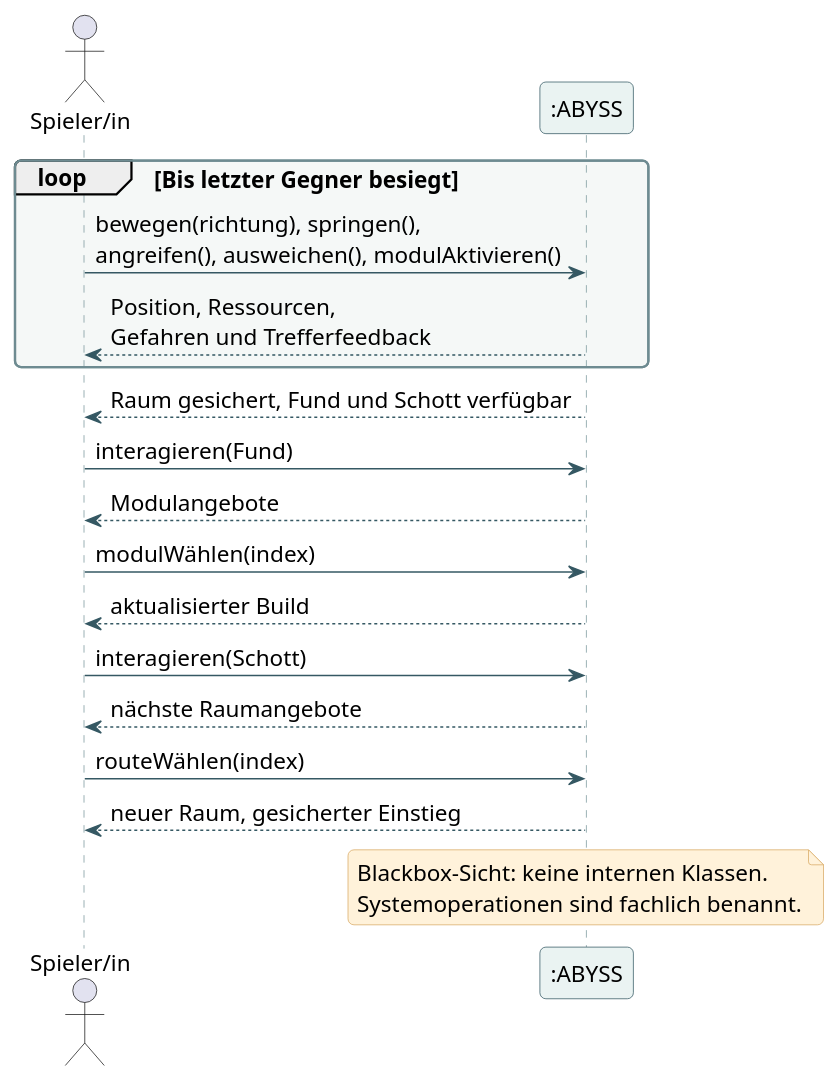
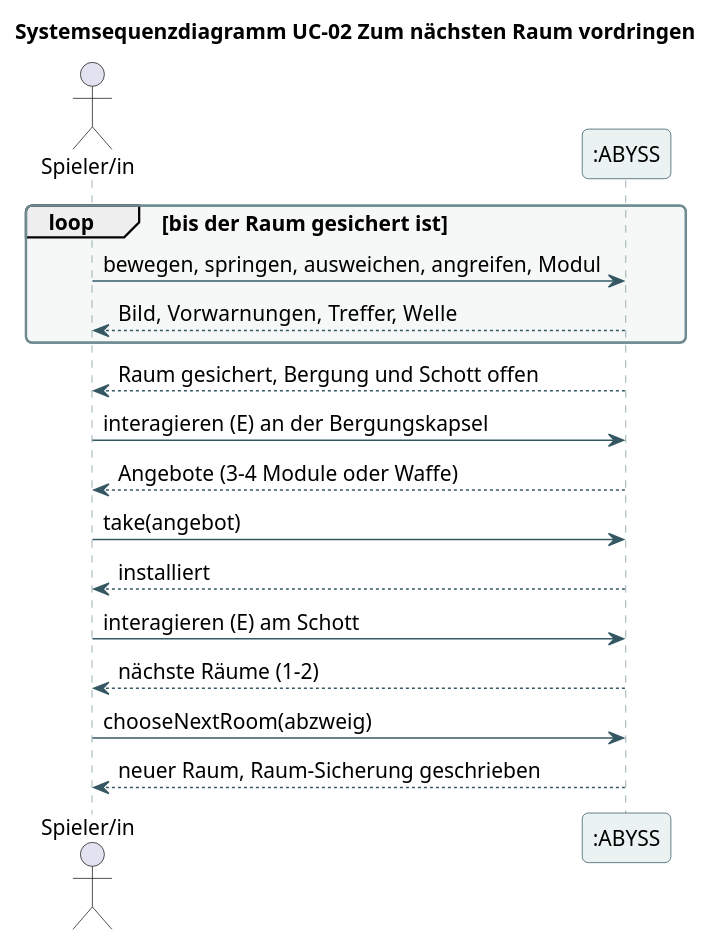
Before and after one commit to bassdav2/abyss: the diagram in docs/diagrams/05-ssd-progress.puml, drawn with PlantUML. The commit also changed 421 other files, not shown here.

First line of the commit message:
ABYSS 1.1: Bordsystem-GUI, Raumtechnik und PM3-Dokumentation

```diff
--- a/docs/diagrams/05-ssd-progress.puml
+++ b/docs/diagrams/05-ssd-progress.puml
@@ -1,38 +1,37 @@
 @startuml
 skinparam backgroundColor #FFFFFF
 skinparam defaultFontName Arial
-skinparam defaultFontSize 15
+skinparam defaultFontSize 14
 skinparam shadowing false
 skinparam roundcorner 8
 skinparam ArrowColor #355863
 skinparam classBackgroundColor #EAF3F2
 skinparam classBorderColor #355863
 skinparam participantBackgroundColor #EAF3F2
 skinparam participantBorderColor #355863
 skinparam sequenceLifeLineBorderColor #7A979C
 skinparam noteBackgroundColor #FFF2DA
 skinparam noteBorderColor #D8AA64
 skinparam packageBackgroundColor #F5F8F7
 skinparam packageBorderColor #6E8B91
+skinparam stateBackgroundColor #EAF3F2
+skinparam stateBorderColor #355863
 hide empty members
-actor "Spieler/in" as Player
-participant ":ABYSS" as System
-loop Bis letzter Gegner besiegt
- Player -> System : bewegen(richtung), springen(),\nangreifen(), ausweichen(), modulAktivieren()
- System --> Player : Position, Ressourcen,\nGefahren und Trefferfeedback
+title Systemsequenzdiagramm UC-02 Zum nächsten Raum vordringen
+actor "Spieler/in" as P
+participant ":ABYSS" as S
+loop bis der Raum gesichert ist
+ P -> S : bewegen, springen, ausweichen, angreifen, Modul
+ S --> P : Bild, Vorwarnungen, Treffer, Welle
 end
-System --> Player : Raum gesichert, Fund und Schott verfügbar
-Player -> System : interagieren(Fund)
-System --> Player : Modulangebote
-Player -> System : modulWählen(index)
-System --> Player : aktualisierter Build
-Player -> System : interagieren(Schott)
-System --> Player : nächste Raumangebote
-Player -> System : routeWählen(index)
-System --> Player : neuer Raum, gesicherter Einstieg
-note over System
-Blackbox-Sicht: keine internen Klassen.
-Systemoperationen sind fachlich benannt.
-end note
+S --> P : Raum gesichert, Bergung und Schott offen
+P -> S : interagieren (E) an der Bergungskapsel
+S --> P : Angebote (3–4 Module oder Waffe)
+P -> S : take(angebot)
+S --> P : installiert
+P -> S : interagieren (E) am Schott
+S --> P : nächste Räume (1–2)
+P -> S : chooseNextRoom(abzweig)
+S --> P : neuer Raum, Raum-Sicherung geschrieben
 
 @enduml
```
